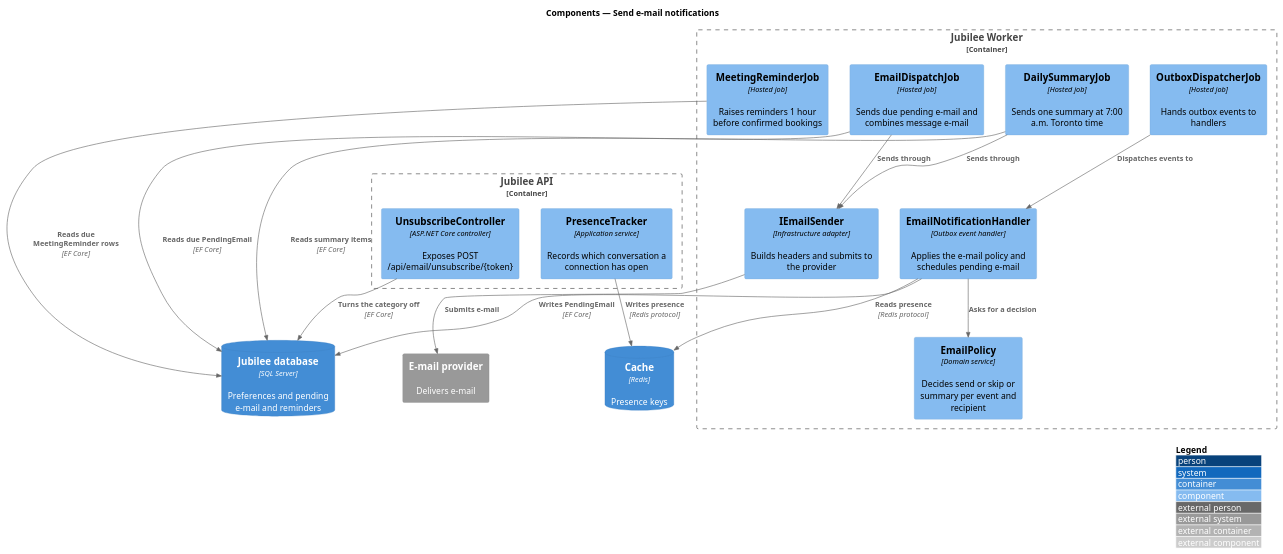
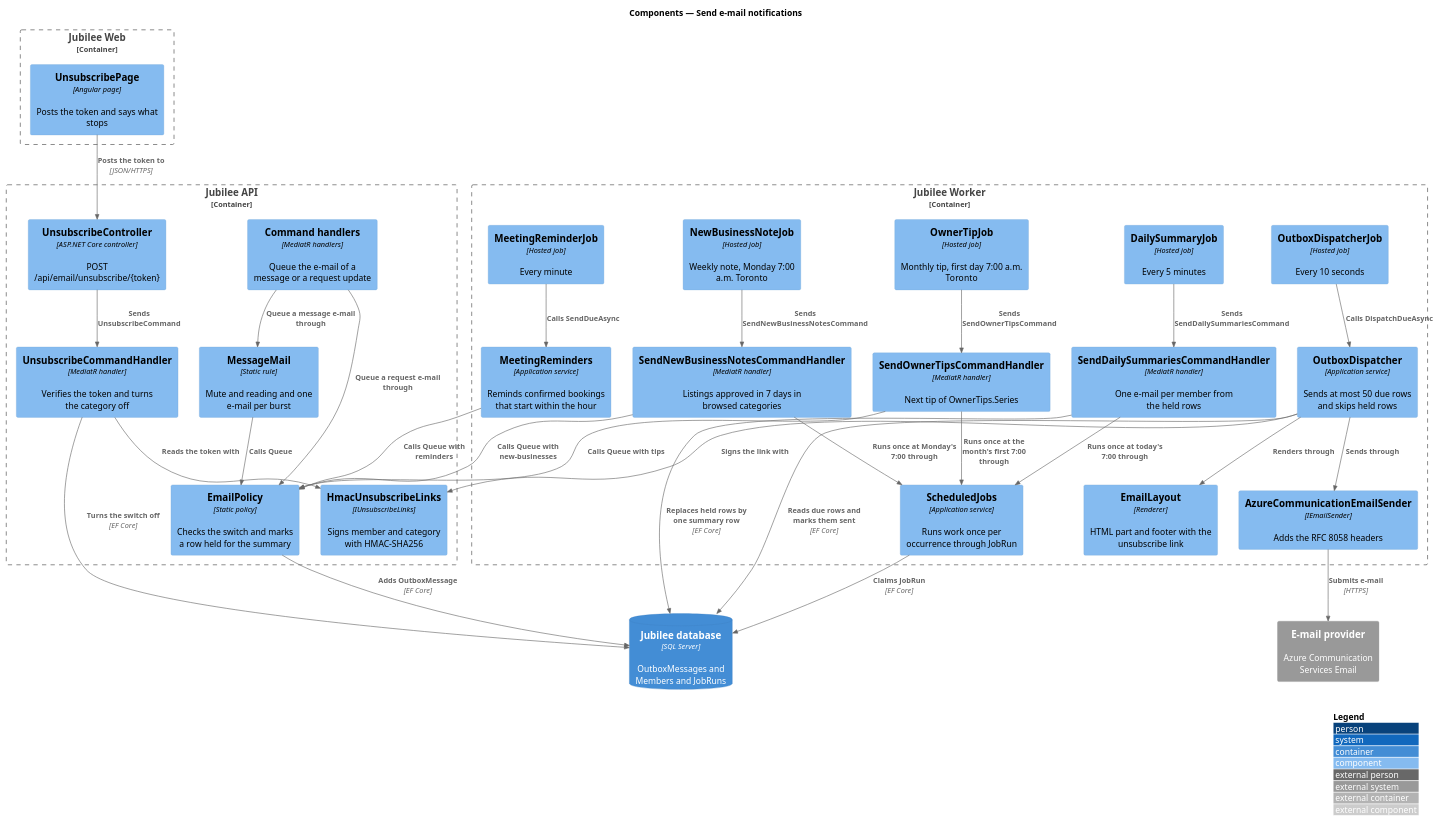
Before and after one commit to QuinntyneBrown/jubilee: the diagram in docs/detailed-designs/notifications/send-email-notifications/diagrams/c4-component.puml, drawn with PlantUML. The commit also changed 81 other files, not shown here.

```diff
--- a/docs/detailed-designs/notifications/send-email-notifications/diagrams/c4-component.puml
+++ b/docs/detailed-designs/notifications/send-email-notifications/diagrams/c4-component.puml
@@ -1,35 +1,61 @@
 @startuml
 !include <C4/C4_Component>
 LAYOUT_WITH_LEGEND()
 title Components — Send e-mail notifications
 
-Container_Boundary(worker, "Jubilee Worker") {
-  Component(outbox, "OutboxDispatcherJob", "Hosted job", "Hands outbox events to handlers")
-  Component(planner, "EmailNotificationHandler", "Outbox event handler", "Applies the e-mail policy and schedules pending e-mail")
-  Component(policy, "EmailPolicy", "Domain service", "Decides send or skip or summary per event and recipient")
-  Component(dispatch, "EmailDispatchJob", "Hosted job", "Sends due pending e-mail and combines message e-mail")
-  Component(summary, "DailySummaryJob", "Hosted job", "Sends one summary at 7:00 a.m. Toronto time")
-  Component(reminder, "MeetingReminderJob", "Hosted job", "Raises reminders 1 hour before confirmed bookings")
-  Component(sender, "IEmailSender", "Infrastructure adapter", "Builds headers and submits to the provider")
+Container_Boundary(web, "Jubilee Web") {
+  Component(page, "UnsubscribePage", "Angular page", "Posts the token and says what stops")
 }
 Container_Boundary(api, "Jubilee API") {
-  Component(unsub, "UnsubscribeController", "ASP.NET Core controller", "Exposes POST /api/email/unsubscribe/{token}")
-  Component(presence, "PresenceTracker", "Application service", "Records which conversation a connection has open")
+  Component(handlers, "Command handlers", "MediatR handlers", "Queue the e-mail of a message or a request update")
+  Component(mail, "MessageMail", "Static rule", "Mute and reading and one e-mail per burst")
+  Component(policy, "EmailPolicy", "Static policy", "Checks the switch and marks a row held for the summary")
+  Component(unsub, "UnsubscribeController", "ASP.NET Core controller", "POST /api/email/unsubscribe/{token}")
+  Component(unsubh, "UnsubscribeCommandHandler", "MediatR handler", "Verifies the token and turns the category off")
+  Component(links, "HmacUnsubscribeLinks", "IUnsubscribeLinks", "Signs member and category with HMAC-SHA256")
 }
-ContainerDb(db, "Jubilee database", "SQL Server", "Preferences and pending e-mail and reminders")
-ContainerDb(cache, "Cache", "Redis", "Presence keys")
-System_Ext(email, "E-mail provider", "Delivers e-mail")
+Container_Boundary(worker, "Jubilee Worker") {
+  Component(outboxjob, "OutboxDispatcherJob", "Hosted job", "Every 10 seconds")
+  Component(dispatcher, "OutboxDispatcher", "Application service", "Sends at most 50 due rows and skips held rows")
+  Component(layout, "EmailLayout", "Renderer", "HTML part and footer with the unsubscribe link")
+  Component(sender, "AzureCommunicationEmailSender", "IEmailSender", "Adds the RFC 8058 headers")
+  Component(remjob, "MeetingReminderJob", "Hosted job", "Every minute")
+  Component(reminders, "MeetingReminders", "Application service", "Reminds confirmed bookings that start within the hour")
+  Component(sumjob, "DailySummaryJob", "Hosted job", "Every 5 minutes")
+  Component(sum, "SendDailySummariesCommandHandler", "MediatR handler", "One e-mail per member from the held rows")
+  Component(notejob, "NewBusinessNoteJob", "Hosted job", "Weekly note, Monday 7:00 a.m. Toronto")
+  Component(note, "SendNewBusinessNotesCommandHandler", "MediatR handler", "Listings approved in 7 days in browsed categories")
+  Component(tipjob, "OwnerTipJob", "Hosted job", "Monthly tip, first day 7:00 a.m. Toronto")
+  Component(tips, "SendOwnerTipsCommandHandler", "MediatR handler", "Next tip of OwnerTips.Series")
+  Component(jobs, "ScheduledJobs", "Application service", "Runs work once per occurrence through JobRun")
+}
+ContainerDb(db, "Jubilee database", "SQL Server", "OutboxMessages and Members and JobRuns")
+System_Ext(email, "E-mail provider", "Azure Communication Services Email")
 
-Rel(outbox, planner, "Dispatches events to")
-Rel(planner, policy, "Asks for a decision")
-Rel(planner, cache, "Reads presence", "Redis protocol")
-Rel(planner, db, "Writes PendingEmail", "EF Core")
-Rel(dispatch, db, "Reads due PendingEmail", "EF Core")
-Rel(summary, db, "Reads summary items", "EF Core")
-Rel(reminder, db, "Reads due MeetingReminder rows", "EF Core")
-Rel(dispatch, sender, "Sends through")
-Rel(summary, sender, "Sends through")
-Rel(sender, email, "Submits e-mail")
-Rel(unsub, db, "Turns the category off", "EF Core")
-Rel(presence, cache, "Writes presence", "Redis protocol")
+Rel(handlers, mail, "Queue a message e-mail through")
+Rel(handlers, policy, "Queue a request e-mail through")
+Rel(mail, policy, "Calls Queue")
+Rel(policy, db, "Adds OutboxMessage", "EF Core")
+Rel(page, unsub, "Posts the token to", "JSON/HTTPS")
+Rel(unsub, unsubh, "Sends UnsubscribeCommand")
+Rel(unsubh, links, "Reads the token with")
+Rel(unsubh, db, "Turns the switch off", "EF Core")
+Rel(outboxjob, dispatcher, "Calls DispatchDueAsync")
+Rel(dispatcher, db, "Reads due rows and marks them sent", "EF Core")
+Rel(dispatcher, links, "Signs the link with")
+Rel(dispatcher, layout, "Renders through")
+Rel(dispatcher, sender, "Sends through")
+Rel(sender, email, "Submits e-mail", "HTTPS")
+Rel(remjob, reminders, "Calls SendDueAsync")
+Rel(reminders, policy, "Calls Queue with reminders")
+Rel(sumjob, sum, "Sends SendDailySummariesCommand")
+Rel(notejob, note, "Sends SendNewBusinessNotesCommand")
+Rel(tipjob, tips, "Sends SendOwnerTipsCommand")
+Rel(sum, jobs, "Runs once at today's 7:00 through")
+Rel(note, jobs, "Runs once at Monday's 7:00 through")
+Rel(tips, jobs, "Runs once at the month's first 7:00 through")
+Rel(sum, db, "Replaces held rows by one summary row", "EF Core")
+Rel(note, policy, "Calls Queue with new-businesses")
+Rel(tips, policy, "Calls Queue with tips")
+Rel(jobs, db, "Claims JobRun", "EF Core")
 @enduml
```
